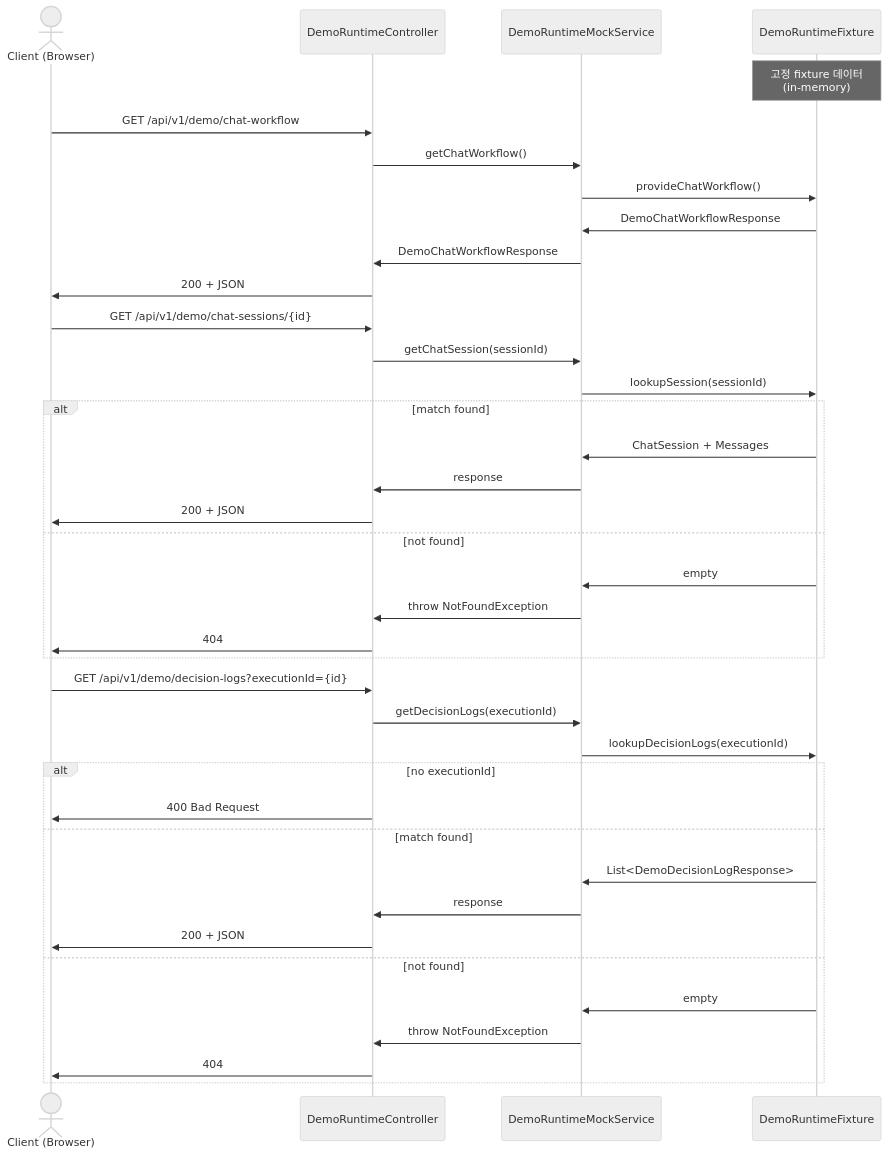
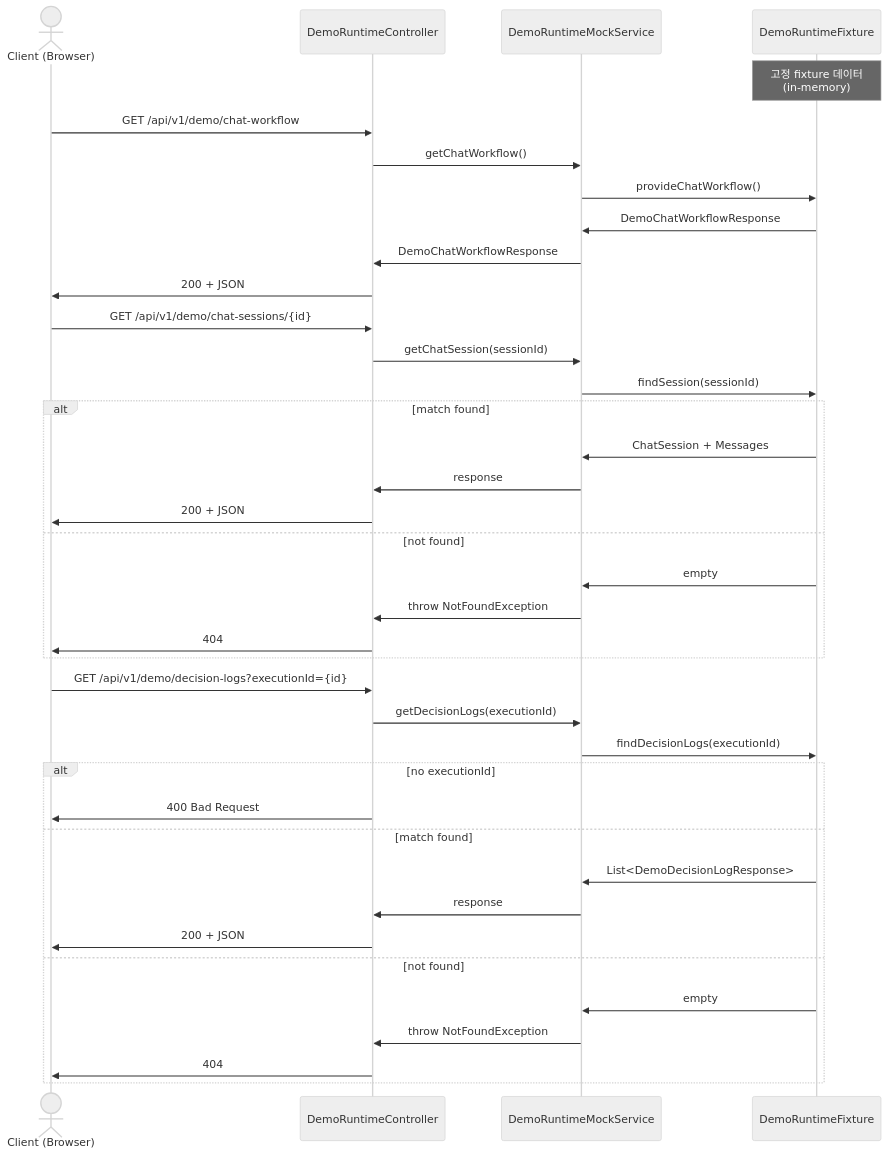
Before and after one commit to ajou-2026-1-capstone-5/ostone: the first of 2 diagrams in .agent/specs/4.1.5.md, drawn with Mermaid (neutral theme). The commit also changed other lines of this file, not shown here.

Commit message:
fix(spec): add missing DTO records and fix lookup->find naming

````diff
--- a/.agent/specs/4.1.5.md
+++ b/.agent/specs/4.1.5.md
@@ -18,44 +18,44 @@
 ```mermaid
 sequenceDiagram
     actor c as Client (Browser)
     participant ctrl as DemoRuntimeController
     participant svc as DemoRuntimeMockService
     participant fix as DemoRuntimeFixture
     
     note over fix: 고정 fixture 데이터<br/>(in-memory)
     
     c ->> ctrl: GET /api/v1/demo/chat-workflow
     ctrl ->> svc: getChatWorkflow()
     svc ->> fix: provideChatWorkflow()
     fix ->> svc: DemoChatWorkflowResponse
     svc ->> ctrl: DemoChatWorkflowResponse
     ctrl ->> c: 200 + JSON
     
     c ->> ctrl: GET /api/v1/demo/chat-sessions/{id}
     ctrl ->> svc: getChatSession(sessionId)
-    svc ->> fix: lookupSession(sessionId)
+    svc ->> fix: findSession(sessionId)
     alt match found
         fix ->> svc: ChatSession + Messages
         svc ->> ctrl: response
         ctrl ->> c: 200 + JSON
     else not found
         fix ->> svc: empty
         svc ->> ctrl: throw NotFoundException
         ctrl ->> c: 404
     end
     
     c ->> ctrl: GET /api/v1/demo/decision-logs?executionId={id}
     ctrl ->> svc: getDecisionLogs(executionId)
-    svc ->> fix: lookupDecisionLogs(executionId)
+    svc ->> fix: findDecisionLogs(executionId)
     alt no executionId
         ctrl ->> c: 400 Bad Request
     else match found
         fix ->> svc: List<DemoDecisionLogResponse>
         svc ->> ctrl: response
         ctrl ->> c: 200 + JSON
     else not found
         fix ->> svc: empty
         svc ->> ctrl: throw NotFoundException
         ctrl ->> c: 404
     end
 ```
````
